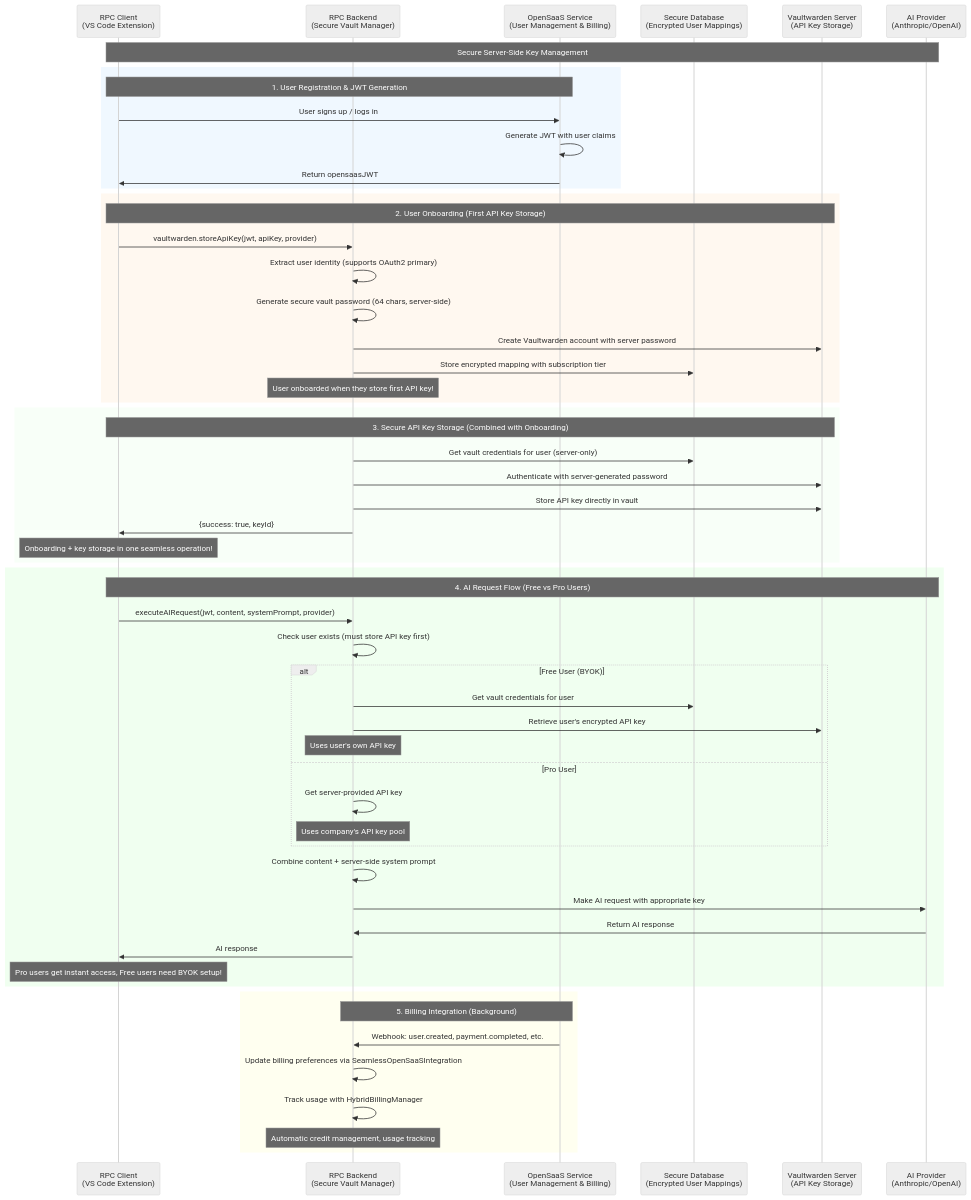
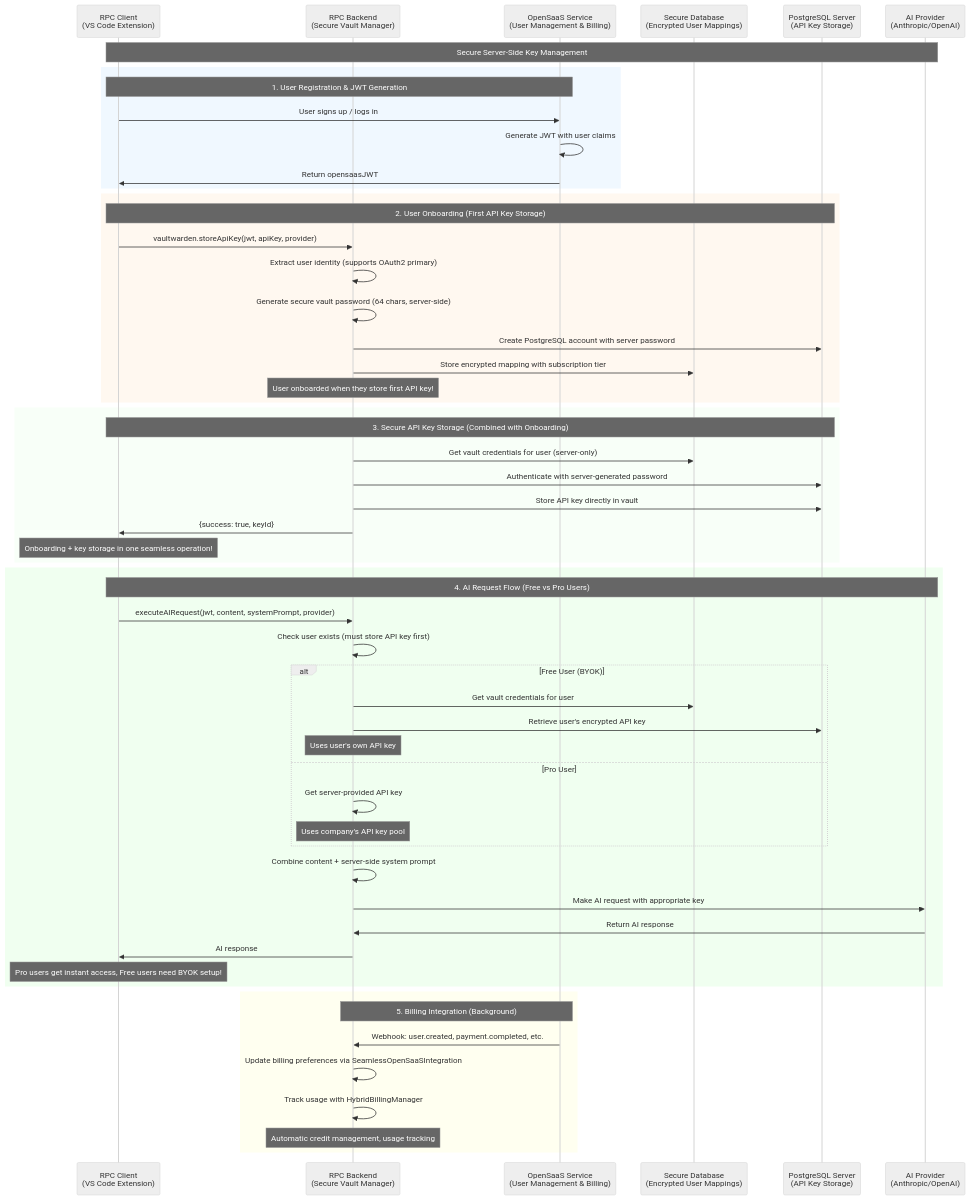
The second of 2 diagrams in README.md (AWolf81/simple-rpc-ai-backend), drawn with Mermaid (neutral theme) before and after one commit. The commit also changed other lines of this file and 61 other files, not shown here.

````diff
--- a/README.md
+++ b/README.md
@@ -1244,70 +2146,70 @@
 ```mermaid
 sequenceDiagram
     participant Client as RPC Client<br/>(VS Code Extension)
     participant RPC as RPC Backend<br/>(Secure Vault Manager)
     participant OpenSaaS as OpenSaaS Service<br/>(User Management & Billing)
     participant DB as Secure Database<br/>(Encrypted User Mappings)
-    participant Vault as Vaultwarden Server<br/>(API Key Storage)
+    participant Vault as PostgreSQL Server<br/>(API Key Storage)
     participant AI as AI Provider<br/>(Anthropic/OpenAI)
     
     Note over Client,AI: Secure Server-Side Key Management
     
     rect rgb(240, 248, 255)
         Note over Client, OpenSaaS: 1. User Registration & JWT Generation
         Client->>OpenSaaS: User signs up / logs in
         OpenSaaS->>OpenSaaS: Generate JWT with user claims
         OpenSaaS->>Client: Return opensaasJWT
     end
     
     rect rgb(255, 248, 240)
         Note over Client, Vault: 2. User Onboarding (First API Key Storage)
         Client->>RPC: vaultwarden.storeApiKey(jwt, apiKey, provider)
         RPC->>RPC: Extract user identity (supports OAuth2 primary)
         RPC->>RPC: Generate secure vault password (64 chars, server-side)
-        RPC->>Vault: Create Vaultwarden account with server password
+        RPC->>Vault: Create PostgreSQL account with server password
         RPC->>DB: Store encrypted mapping with subscription tier
         
         Note over RPC: User onboarded when they store first API key!
     end
     
     rect rgb(248, 255, 248)
         Note over Client, Vault: 3. Secure API Key Storage (Combined with Onboarding)
         RPC->>DB: Get vault credentials for user (server-only)
         RPC->>Vault: Authenticate with server-generated password
         RPC->>Vault: Store API key directly in vault
         RPC->>Client: {success: true, keyId}
         
         Note over Client: Onboarding + key storage in one seamless operation!
     end
     
     rect rgb(240, 255, 240)
         Note over Client, AI: 4. AI Request Flow (Free vs Pro Users)
         Client->>RPC: executeAIRequest(jwt, content, systemPrompt, provider)
         RPC->>RPC: Check user exists (must store API key first)
         
         alt Free User (BYOK)
             RPC->>DB: Get vault credentials for user  
             RPC->>Vault: Retrieve user's encrypted API key
             Note over RPC: Uses user's own API key
         else Pro User
             RPC->>RPC: Get server-provided API key
             Note over RPC: Uses company's API key pool
         end
         
         RPC->>RPC: Combine content + server-side system prompt
         RPC->>AI: Make AI request with appropriate key
         AI->>RPC: Return AI response
         RPC->>Client: AI response
         
         Note over Client: Pro users get instant access, Free users need BYOK setup!
     end
     
     rect rgb(255, 255, 240)
         Note over OpenSaaS, RPC: 5. Billing Integration (Background)
         OpenSaaS->>RPC: Webhook: user.created, payment.completed, etc.
         RPC->>RPC: Update billing preferences via SeamlessOpenSaaSIntegration
         RPC->>RPC: Track usage with HybridBillingManager
         
         Note over RPC: Automatic credit management, usage tracking
     end
 ```
````
